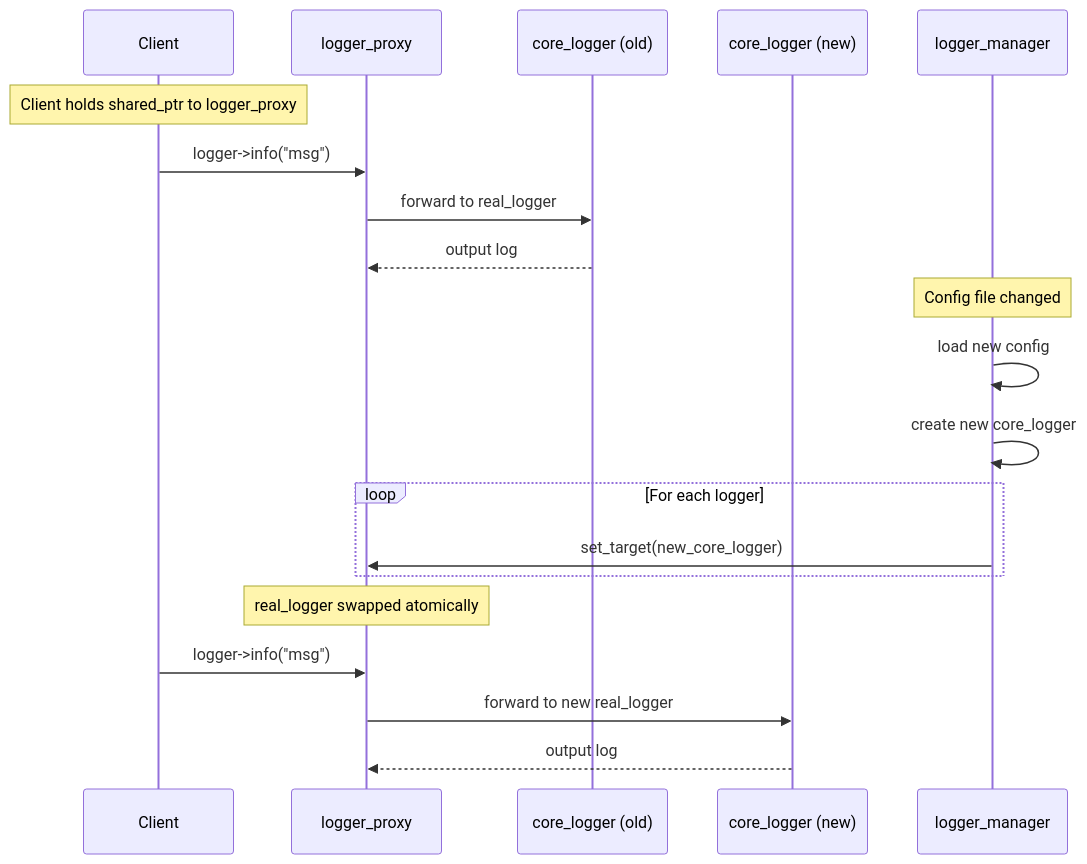
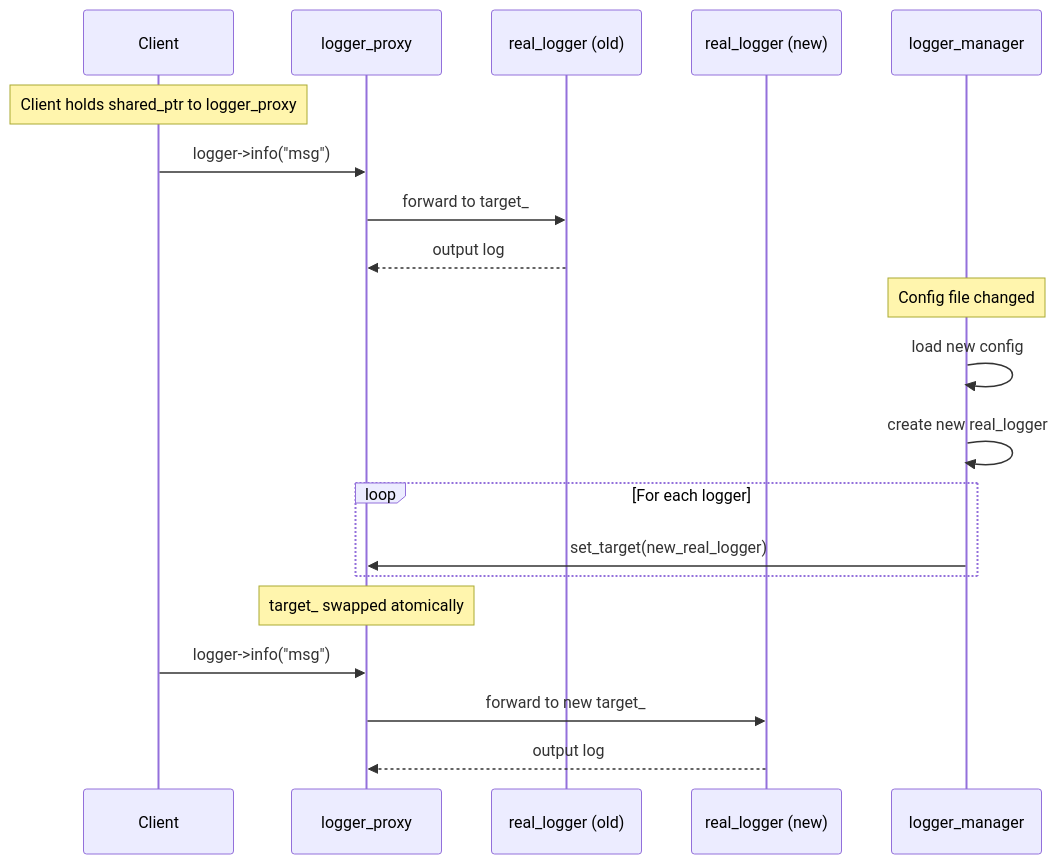
The sixth of 10 diagrams in docs/DESIGN.md (lwhttpdorg/log4cpp), drawn with Mermaid before and after one commit. The commit also changed other lines of this file and 20 other files, not shown here.

First line of the commit message:
refactor: rename core_logger to real_logger and instance-ize log_pattern

````diff
--- a/docs/DESIGN.md
+++ b/docs/DESIGN.md
@@ -496,27 +524,27 @@
 ```mermaid
 sequenceDiagram
     participant Client
     participant Proxy as logger_proxy
-    participant Old as core_logger (old)
-    participant New as core_logger (new)
+    participant Old as real_logger (old)
+    participant New as real_logger (new)
     participant Manager as logger_manager
 
     Note over Client: Client holds shared_ptr to logger_proxy
     Client->>Proxy: logger->info("msg")
-    Proxy->>Old: forward to real_logger
+    Proxy->>Old: forward to target_
     Old-->>Proxy: output log
 
     Note over Manager: Config file changed
     Manager->>Manager: load new config
-    Manager->>Manager: create new core_logger
+    Manager->>Manager: create new real_logger
 
     loop For each logger
-        Manager->>Proxy: set_target(new_core_logger)
+        Manager->>Proxy: set_target(new_real_logger)
     end
 
-    Note over Proxy: real_logger swapped atomically
+    Note over Proxy: target_ swapped atomically
 
     Client->>Proxy: logger->info("msg")
-    Proxy->>New: forward to new real_logger
+    Proxy->>New: forward to new target_
     New-->>Proxy: output log
 ```
````
